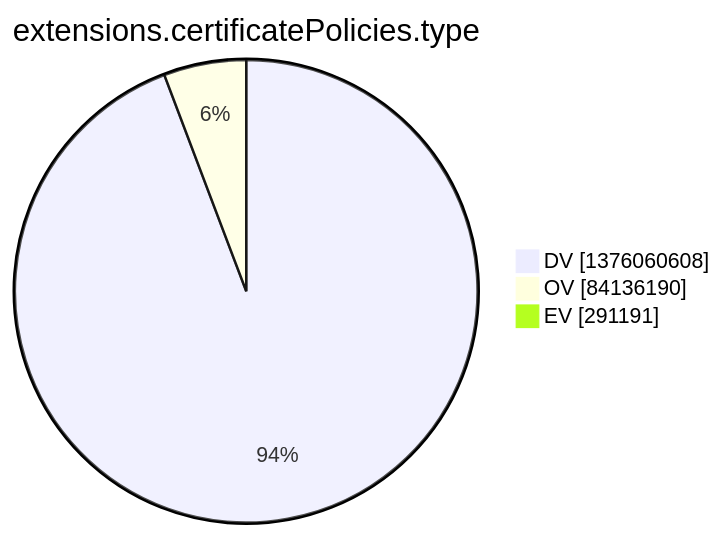
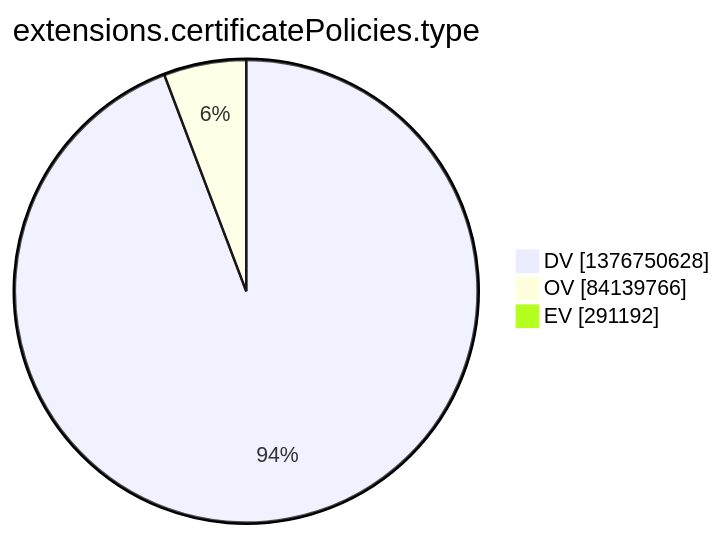
One commit to christiankrug/ctmonitor_visualization changed the tenth of 15 diagrams in argon2022/README.md. Above: the diagram before and after it, drawn with Mermaid. The commit also changed other lines of this file, not shown here.

````diff
--- a/argon2022/README.md
+++ b/argon2022/README.md
@@ -2773,7 +2773,7 @@
 ```mermaid
 pie showData
 title extensions.certificatePolicies.type
-"DV" :1376060608
-"OV" :84136190
-"EV" :291191
+"DV" :1376750628
+"OV" :84139766
+"EV" :291192
 ```
````
